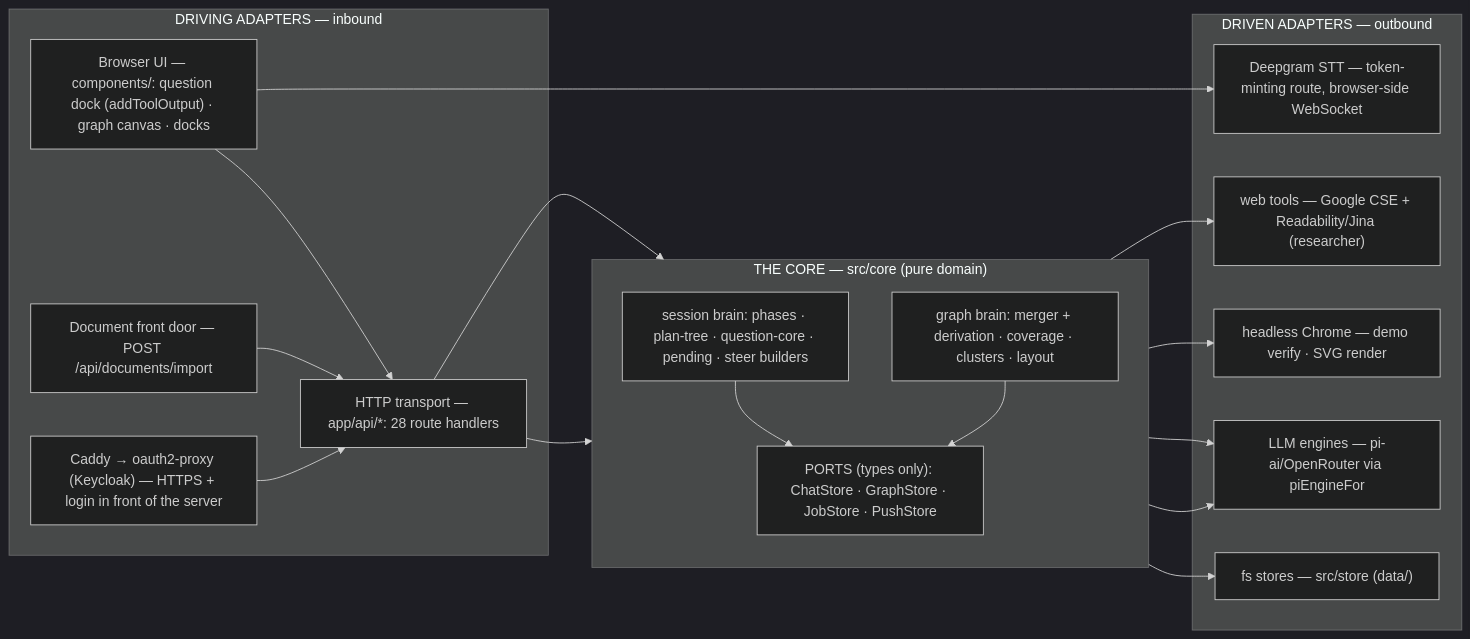
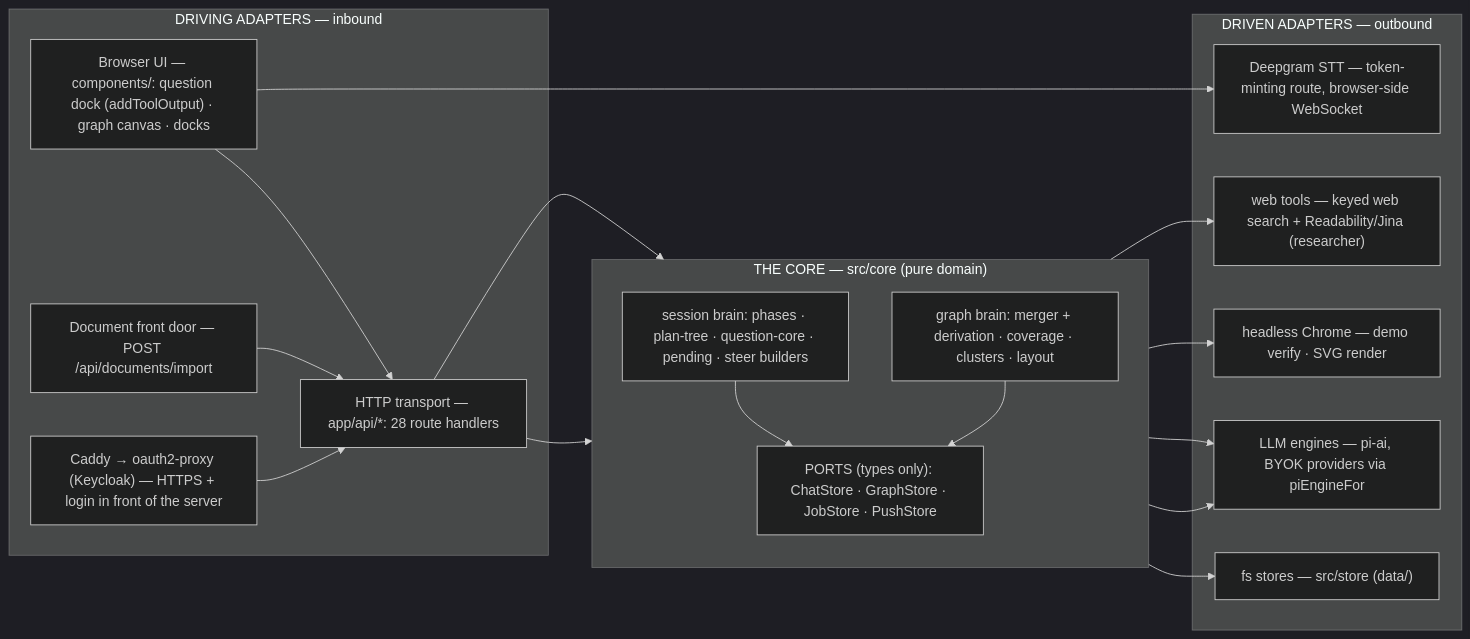
One commit to VileEnd/learnharness changed the second of 7 diagrams in docs/architecture.md. Above: the diagram before and after it, drawn with Mermaid (dark theme). The commit also changed other lines of this file and 12 other files, not shown here.

````diff
--- a/docs/architecture.md
+++ b/docs/architecture.md
@@ -176,38 +176,38 @@
 ```mermaid
 flowchart LR
     subgraph DRIVING["DRIVING ADAPTERS — inbound"]
         BROWSER["Browser UI — components/: question dock (addToolOutput) · graph canvas · docks"]
         HTTP["HTTP transport — app/api/*: 28 route handlers"]
         NOTES["Document front door — POST /api/documents/import"]
         ELEC["Caddy → oauth2-proxy (Keycloak) — HTTPS + login in front of the server"]
     end
 
     subgraph HEXCORE["THE CORE — src/core (pure domain)"]
         direction TB
         SESS["session brain: phases · plan-tree · question-core · pending · steer builders"]
         GBRAIN["graph brain: merger + derivation · coverage · clusters · layout"]
         PORTSBOX["PORTS (types only): ChatStore · GraphStore · JobStore · PushStore"]
     end
 
     subgraph DRIVEN["DRIVEN ADAPTERS — outbound"]
         FS["fs stores — src/store (data/)"]
-        LLM["LLM engines — pi-ai/OpenRouter via piEngineFor"]
+        LLM["LLM engines — pi-ai, BYOK providers via piEngineFor"]
         HEAD["headless Chrome — demo verify · SVG render"]
         DEEP["Deepgram STT — token-minting route, browser-side WebSocket"]
-        WEB["web tools — Google CSE + Readability/Jina (researcher)"]
+        WEB["web tools — keyed web search + Readability/Jina (researcher)"]
     end
 
     BROWSER --> HTTP
     NOTES --> HTTP
     ELEC --> HTTP
     HTTP --> SESS
     HTTP --> GBRAIN
     SESS --> PORTSBOX
     GBRAIN --> PORTSBOX
     PORTSBOX --> FS
     SESS --> LLM
     GBRAIN --> LLM
     SESS --> HEAD
     SESS --> WEB
     BROWSER --> DEEP
 ```
````
